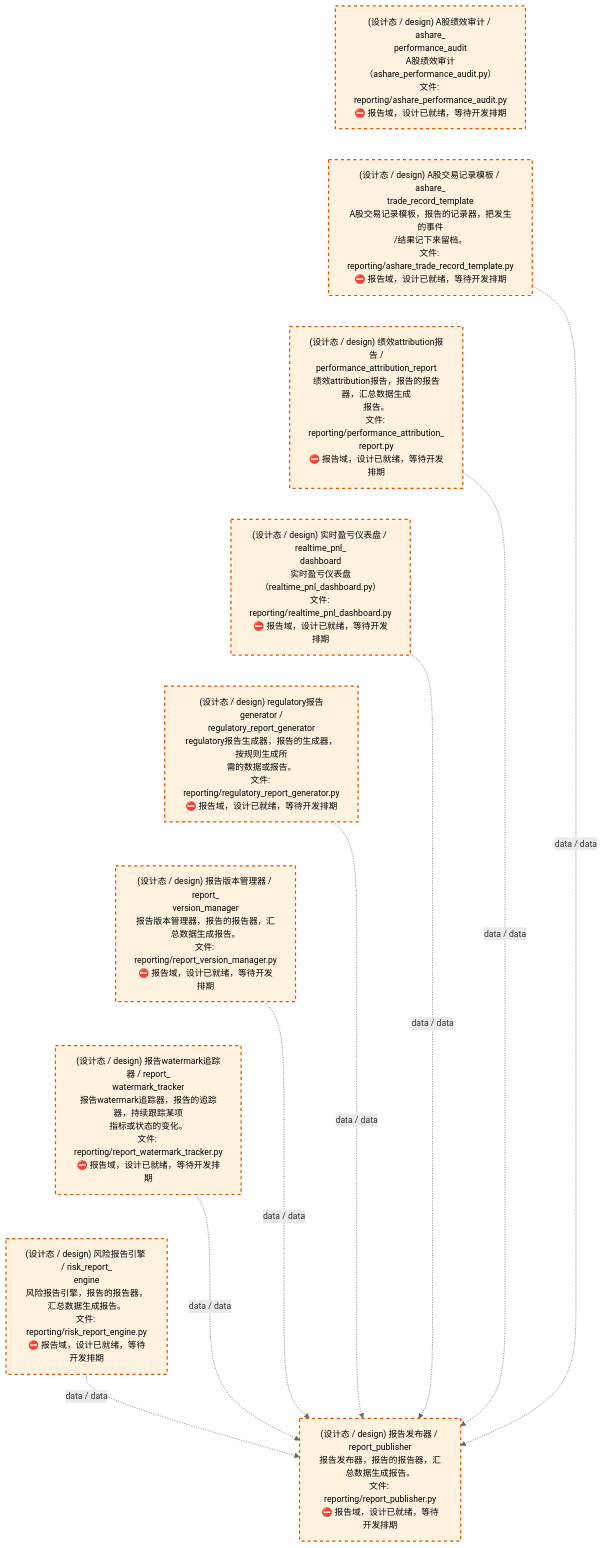
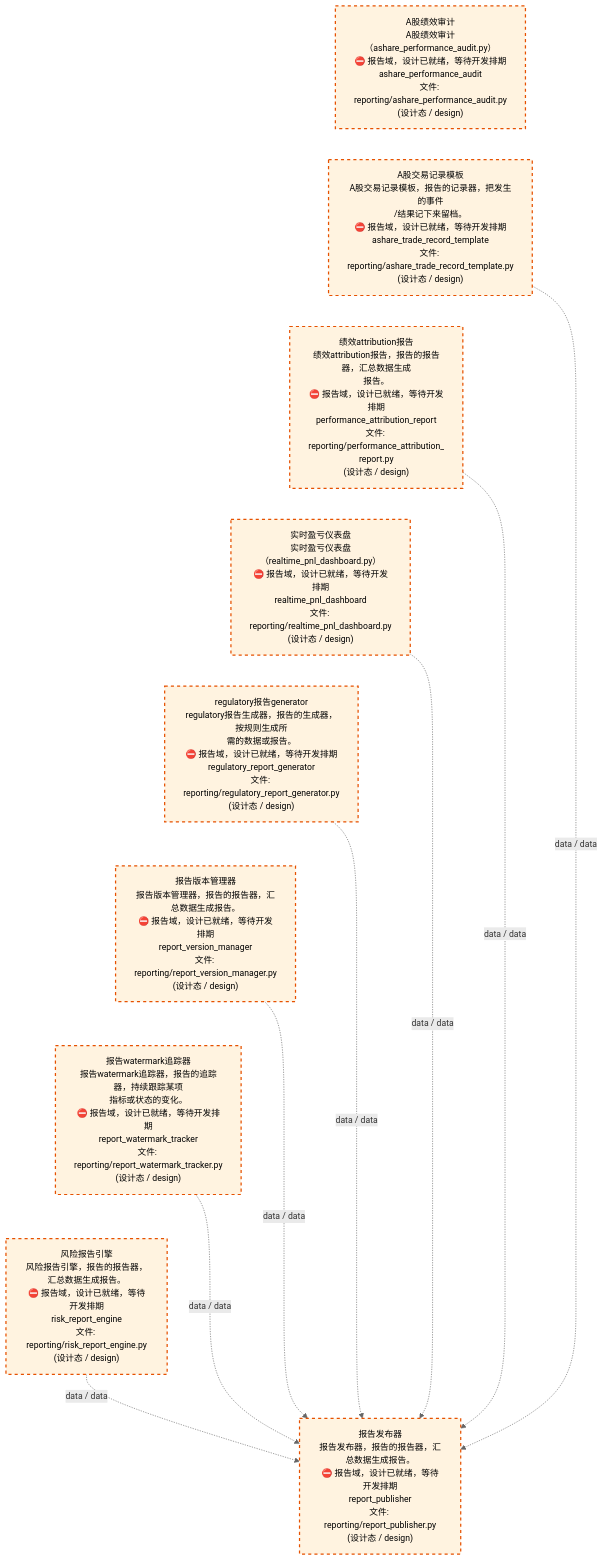
One commit to xuanFelixVan/ZephyrAlpha changed the third of 4 diagrams in docs/02_enterprise_architecture/02_domain_architecture_docs/26_d_reporting.md. Above: the diagram before and after it, drawn with Mermaid. The commit also changed other lines of this file and 62 other files, not shown here.

````diff
--- a/docs/02_enterprise_architecture/02_domain_architecture_docs/26_d_reporting.md
+++ b/docs/02_enterprise_architecture/02_domain_architecture_docs/26_d_reporting.md
@@ -137,32 +137,32 @@
 ```mermaid
 %%{init: {'theme': 'base', 'themeVariables': {'primaryColor': '#eaeaea', 'primaryTextColor': '#333333', 'primaryBorderColor': '#666666', 'lineColor': '#666666', 'secondaryColor': '#eaeaea', 'tertiaryColor': '#eaeaea', 'fontSize': '14px'}}}%%
 flowchart TD
-    src_zephyr_reporting_ashare_performance_audit_py["(设计态 / design) A股绩效审计 / ashare_<br/>performance_audit<br/>A股绩效审计（ashare_performance_audit.py）<br/>文件: reporting/ashare_performance_audit.py<br/>⛔ 报告域，设计已就绪，等待开发排期"]
-    src_zephyr_reporting_ashare_trade_record_template_py["(设计态 / design) A股交易记录模板 / ashare_<br/>trade_record_template<br/>A股交易记录模板，报告的记录器，把发生的事件<br/>/结果记下来留档。<br/>文件: reporting/ashare_trade_record_template.py<br/>⛔ 报告域，设计已就绪，等待开发排期"]
-    src_zephyr_reporting_performance_attribution_report_py["(设计态 / design) 绩效attribution报告 /<br/>performance_attribution_report<br/>绩效attribution报告，报告的报告器，汇总数据生成<br/>报告。<br/>文件: reporting/performance_attribution_<br/>report.py<br/>⛔ 报告域，设计已就绪，等待开发排期"]
-    src_zephyr_reporting_realtime_pnl_dashboard_py["(设计态 / design) 实时盈亏仪表盘 / realtime_pnl_<br/>dashboard<br/>实时盈亏仪表盘（realtime_pnl_dashboard.py）<br/>文件: reporting/realtime_pnl_dashboard.py<br/>⛔ 报告域，设计已就绪，等待开发排期"]
-    src_zephyr_reporting_regulatory_report_generator_py["(设计态 / design) regulatory报告generator /<br/>regulatory_report_generator<br/>regulatory报告生成器，报告的生成器，按规则生成所<br/>需的数据或报告。<br/>文件: reporting/regulatory_report_generator.py<br/>⛔ 报告域，设计已就绪，等待开发排期"]
-    src_zephyr_reporting_report_version_manager_py["(设计态 / design) 报告版本管理器 / report_<br/>version_manager<br/>报告版本管理器，报告的报告器，汇总数据生成报告。<br/>文件: reporting/report_version_manager.py<br/>⛔ 报告域，设计已就绪，等待开发排期"]
-    src_zephyr_reporting_report_watermark_tracker_py["(设计态 / design) 报告watermark追踪器 / report_<br/>watermark_tracker<br/>报告watermark追踪器，报告的追踪器，持续跟踪某项<br/>指标或状态的变化。<br/>文件: reporting/report_watermark_tracker.py<br/>⛔ 报告域，设计已就绪，等待开发排期"]
-    src_zephyr_reporting_risk_report_engine_py["(设计态 / design) 风险报告引擎 / risk_report_<br/>engine<br/>风险报告引擎，报告的报告器，汇总数据生成报告。<br/>文件: reporting/risk_report_engine.py<br/>⛔ 报告域，设计已就绪，等待开发排期"]
+    src_zephyr_reporting_ashare_performance_audit_py["A股绩效审计<br/>A股绩效审计（ashare_performance_audit.py）<br/>⛔ 报告域，设计已就绪，等待开发排期<br/>ashare_performance_audit<br/>文件: reporting/ashare_performance_audit.py<br/>(设计态 / design)"]
+    src_zephyr_reporting_ashare_trade_record_template_py["A股交易记录模板<br/>A股交易记录模板，报告的记录器，把发生的事件<br/>/结果记下来留档。<br/>⛔ 报告域，设计已就绪，等待开发排期<br/>ashare_trade_record_template<br/>文件: reporting/ashare_trade_record_template.py<br/>(设计态 / design)"]
+    src_zephyr_reporting_performance_attribution_report_py["绩效attribution报告<br/>绩效attribution报告，报告的报告器，汇总数据生成<br/>报告。<br/>⛔ 报告域，设计已就绪，等待开发排期<br/>performance_attribution_report<br/>文件: reporting/performance_attribution_<br/>report.py<br/>(设计态 / design)"]
+    src_zephyr_reporting_realtime_pnl_dashboard_py["实时盈亏仪表盘<br/>实时盈亏仪表盘（realtime_pnl_dashboard.py）<br/>⛔ 报告域，设计已就绪，等待开发排期<br/>realtime_pnl_dashboard<br/>文件: reporting/realtime_pnl_dashboard.py<br/>(设计态 / design)"]
+    src_zephyr_reporting_regulatory_report_generator_py["regulatory报告generator<br/>regulatory报告生成器，报告的生成器，按规则生成所<br/>需的数据或报告。<br/>⛔ 报告域，设计已就绪，等待开发排期<br/>regulatory_report_generator<br/>文件: reporting/regulatory_report_generator.py<br/>(设计态 / design)"]
+    src_zephyr_reporting_report_version_manager_py["报告版本管理器<br/>报告版本管理器，报告的报告器，汇总数据生成报告。<br/>⛔ 报告域，设计已就绪，等待开发排期<br/>report_version_manager<br/>文件: reporting/report_version_manager.py<br/>(设计态 / design)"]
+    src_zephyr_reporting_report_watermark_tracker_py["报告watermark追踪器<br/>报告watermark追踪器，报告的追踪器，持续跟踪某项<br/>指标或状态的变化。<br/>⛔ 报告域，设计已就绪，等待开发排期<br/>report_watermark_tracker<br/>文件: reporting/report_watermark_tracker.py<br/>(设计态 / design)"]
+    src_zephyr_reporting_risk_report_engine_py["风险报告引擎<br/>风险报告引擎，报告的报告器，汇总数据生成报告。<br/>⛔ 报告域，设计已就绪，等待开发排期<br/>risk_report_engine<br/>文件: reporting/risk_report_engine.py<br/>(设计态 / design)"]
     src_zephyr_reporting_ashare_performance_audit_py ~~~ src_zephyr_reporting_ashare_trade_record_template_py
     src_zephyr_reporting_ashare_trade_record_template_py ~~~ src_zephyr_reporting_performance_attribution_report_py
     src_zephyr_reporting_performance_attribution_report_py ~~~ src_zephyr_reporting_realtime_pnl_dashboard_py
     src_zephyr_reporting_realtime_pnl_dashboard_py ~~~ src_zephyr_reporting_regulatory_report_generator_py
     src_zephyr_reporting_regulatory_report_generator_py ~~~ src_zephyr_reporting_report_version_manager_py
     src_zephyr_reporting_report_version_manager_py ~~~ src_zephyr_reporting_report_watermark_tracker_py
     src_zephyr_reporting_report_watermark_tracker_py ~~~ src_zephyr_reporting_risk_report_engine_py
-    src_zephyr_reporting_report_publisher_py["(设计态 / design) 报告发布器 / report_publisher<br/>报告发布器，报告的报告器，汇总数据生成报告。<br/>文件: reporting/report_publisher.py<br/>⛔ 报告域，设计已就绪，等待开发排期"]
+    src_zephyr_reporting_report_publisher_py["报告发布器<br/>报告发布器，报告的报告器，汇总数据生成报告。<br/>⛔ 报告域，设计已就绪，等待开发排期<br/>report_publisher<br/>文件: reporting/report_publisher.py<br/>(设计态 / design)"]
     src_zephyr_reporting_ashare_trade_record_template_py -.->|data / data| src_zephyr_reporting_report_publisher_py
     src_zephyr_reporting_realtime_pnl_dashboard_py -.->|data / data| src_zephyr_reporting_report_publisher_py
     src_zephyr_reporting_regulatory_report_generator_py -.->|data / data| src_zephyr_reporting_report_publisher_py
     src_zephyr_reporting_risk_report_engine_py -.->|data / data| src_zephyr_reporting_report_publisher_py
     src_zephyr_reporting_report_version_manager_py -.->|data / data| src_zephyr_reporting_report_publisher_py
     src_zephyr_reporting_performance_attribution_report_py -.->|data / data| src_zephyr_reporting_report_publisher_py
     src_zephyr_reporting_report_watermark_tracker_py -.->|data / data| src_zephyr_reporting_report_publisher_py
     classDef production fill:#e1f5fe,stroke:#01579b,stroke-width:2px,color:#000
     classDef design fill:#fff3e0,stroke:#e65100,stroke-width:2px,color:#000,stroke-dasharray: 5 5
     classDef external_prod fill:#e8f4fd,stroke:#0277bd,stroke-width:1px,color:#000
     classDef external_design fill:#fff8e7,stroke:#ef6c00,stroke-width:1px,color:#000,stroke-dasharray: 5 5
     class src_zephyr_reporting_ashare_performance_audit_py,src_zephyr_reporting_ashare_trade_record_template_py,src_zephyr_reporting_performance_attribution_report_py,src_zephyr_reporting_realtime_pnl_dashboard_py,src_zephyr_reporting_regulatory_report_generator_py,src_zephyr_reporting_report_publisher_py,src_zephyr_reporting_report_version_manager_py,src_zephyr_reporting_report_watermark_tracker_py,src_zephyr_reporting_risk_report_engine_py design
 ```
````
